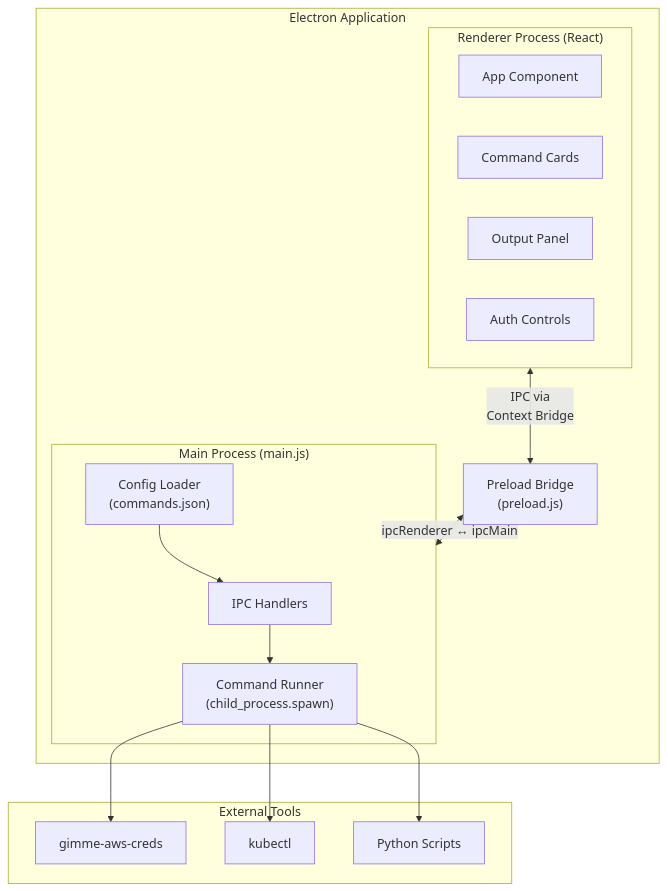
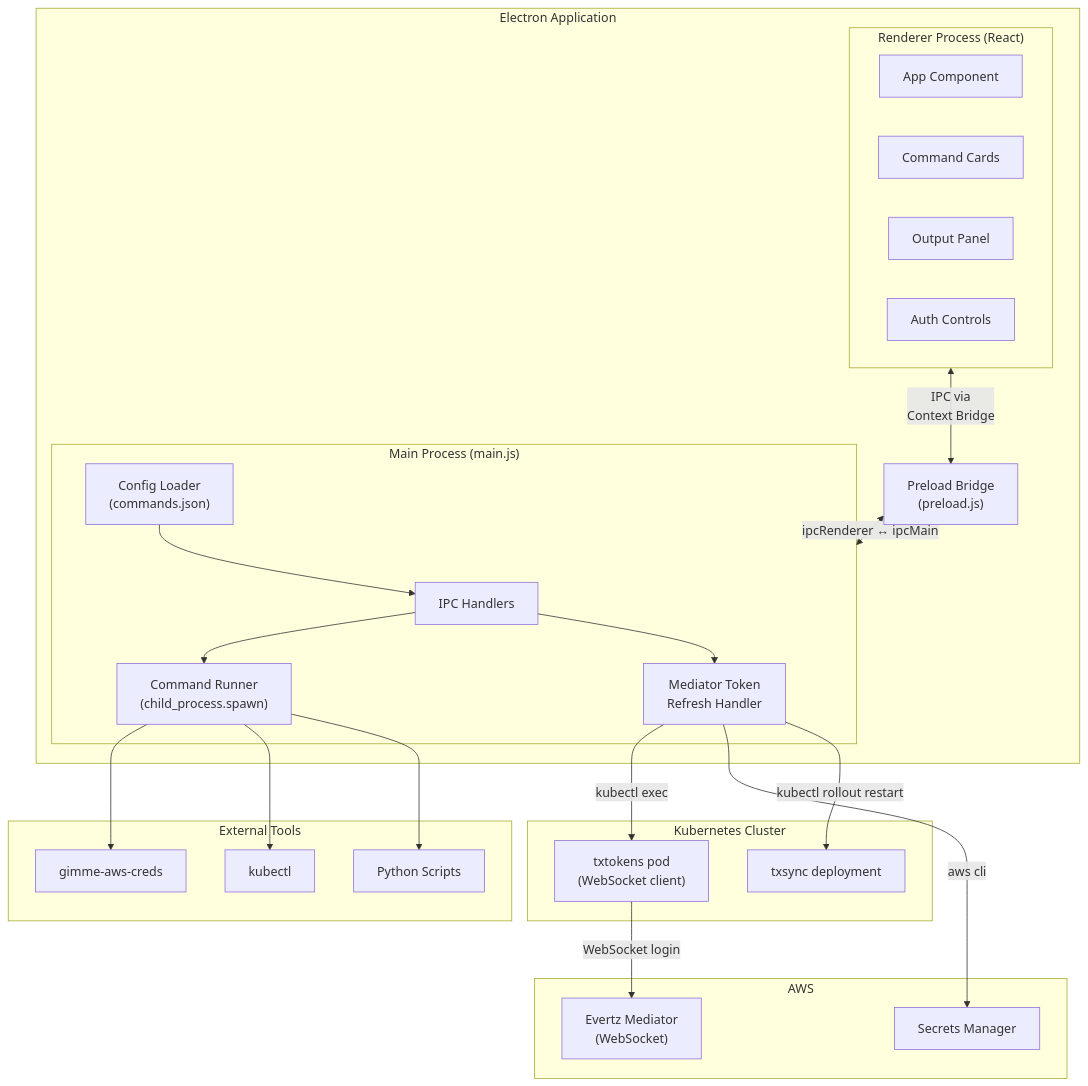
One commit to rzulfekarcbs/kube-commander changed the first of 4 diagrams in README.md. Above: the diagram before and after it, drawn with Mermaid. The commit also changed other lines of this file and 3 other files, not shown here.

First line of the commit message:
Add Mediator Token Refresh functionality and update UI components

````diff
--- a/README.md
+++ b/README.md
@@ -11,33 +11,49 @@
 ```mermaid
 graph TB
     subgraph Electron["Electron Application"]
         subgraph Main["Main Process (main.js)"]
             IPC["IPC Handlers"]
             Spawn["Command Runner<br/>(child_process.spawn)"]
             Config["Config Loader<br/>(commands.json)"]
+            MedHandler["Mediator Token<br/>Refresh Handler"]
         end
 
         subgraph Renderer["Renderer Process (React)"]
             App["App Component"]
             Cards["Command Cards"]
             Output["Output Panel"]
             Auth["Auth Controls"]
         end
 
         Preload["Preload Bridge<br/>(preload.js)"]
     end
 
     subgraph External["External Tools"]
         AWS["gimme-aws-creds"]
         Kubectl["kubectl"]
         Python["Python Scripts"]
     end
 
+    subgraph K8s["Kubernetes Cluster"]
+        TokensPod["txtokens pod<br/>(WebSocket client)"]
+        SyncDeploy["txsync deployment"]
+    end
+
+    subgraph AWSServices["AWS"]
+        SM["Secrets Manager"]
+        Mediator["Evertz Mediator<br/>(WebSocket)"]
+    end
+
     Renderer <-->|"IPC via<br/>Context Bridge"| Preload
     Preload <-->|"ipcRenderer ↔ ipcMain"| Main
     IPC --> Spawn
+    IPC --> MedHandler
     Config --> IPC
     Spawn --> AWS
     Spawn --> Kubectl
     Spawn --> Python
+    MedHandler -->|"kubectl exec"| TokensPod
+    TokensPod -->|"WebSocket login"| Mediator
+    MedHandler -->|"aws cli"| SM
+    MedHandler -->|"kubectl rollout restart"| SyncDeploy
 ```
````
